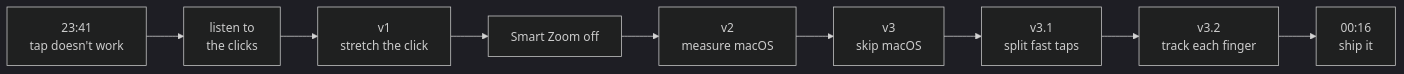
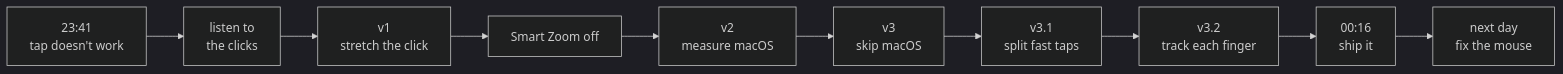
The first of 4 diagrams in docs/DEVLOG.md (and-riu/lot_macOS), drawn with Mermaid (dark theme) before and after one commit. The commit also changed other lines of this file and 2 other files, not shown here.

First line of the commit message:
Fix: external mouse right clicks were dropped in-game

````diff
--- a/docs/DEVLOG.md
+++ b/docs/DEVLOG.md
@@ -7,11 +7,11 @@
 ```mermaid
 flowchart LR
     A[23:41<br/>tap doesn't work] --> B[listen to<br/>the clicks]
     B --> C[v1<br/>stretch the click]
     C --> D[Smart Zoom off]
     D --> E[v2<br/>measure macOS]
     E --> F[v3<br/>skip macOS]
     F --> G[v3.1<br/>split fast taps]
     G --> H[v3.2<br/>track each finger]
-    H --> I[00:16<br/>ship it]
+    H --> I[00:16<br/>ship it] --> J[next day<br/>fix the mouse]
 ```
````
